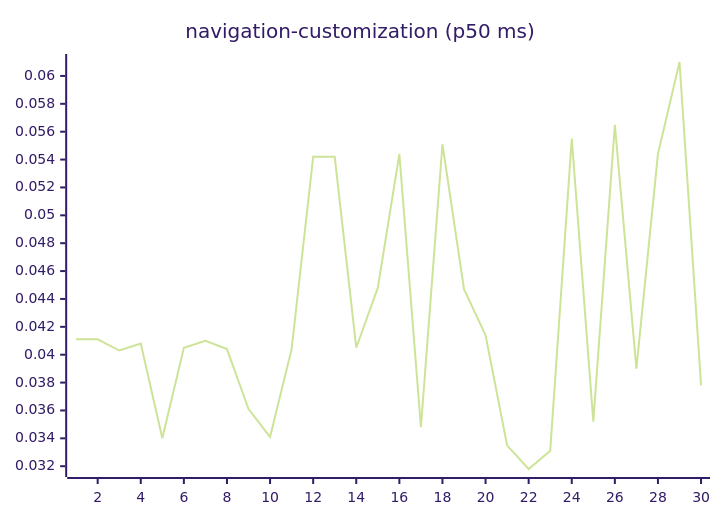
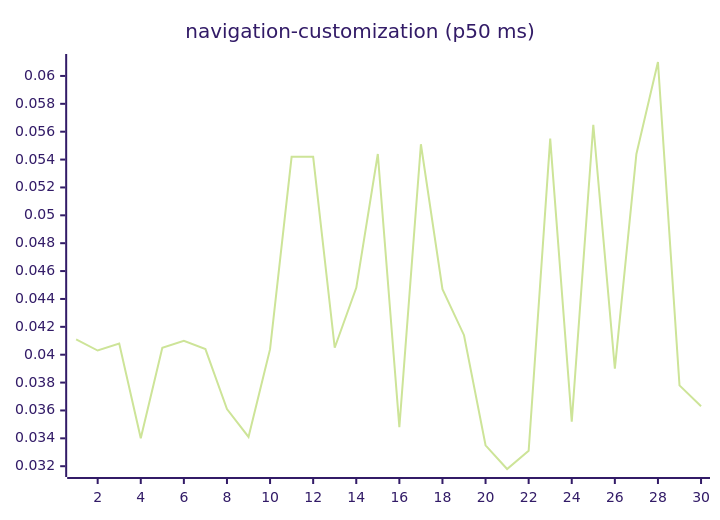
Diagram 15 of 27 in README.md (josha/Facet), drawn with Mermaid (forest theme) before and after one commit. The commit also changed other lines of this file and 2 other files, not shown here.

````diff
--- a/README.md
+++ b/README.md
@@ -161,6 +161,6 @@
 ```mermaid
 xychart-beta
     title "navigation-customization (p50 ms)"
     x-axis 1 --> 30
-    line [0.0411, 0.0411, 0.0403, 0.0408, 0.0340, 0.0405, 0.0410, 0.0404, 0.0361, 0.0341, 0.0404, 0.0542, 0.0542, 0.0405, 0.0448, 0.0544, 0.0348, 0.0551, 0.0447, 0.0414, 0.0335, 0.0318, 0.0331, 0.0555, 0.0352, 0.0565, 0.0390, 0.0544, 0.0610, 0.0378]
+    line [0.0411, 0.0403, 0.0408, 0.0340, 0.0405, 0.0410, 0.0404, 0.0361, 0.0341, 0.0404, 0.0542, 0.0542, 0.0405, 0.0448, 0.0544, 0.0348, 0.0551, 0.0447, 0.0414, 0.0335, 0.0318, 0.0331, 0.0555, 0.0352, 0.0565, 0.0390, 0.0544, 0.0610, 0.0378, 0.0363]
 ```
````
